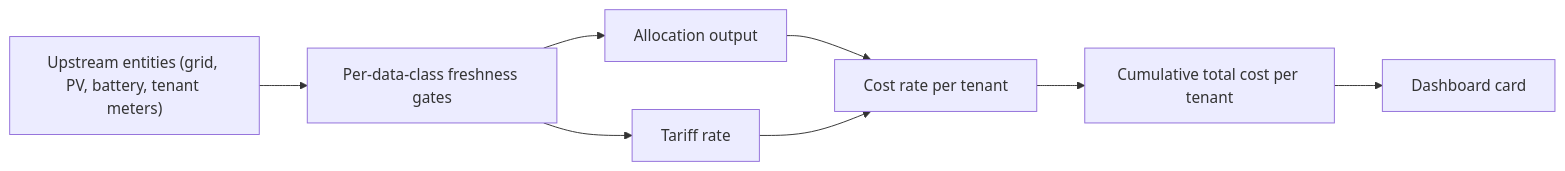
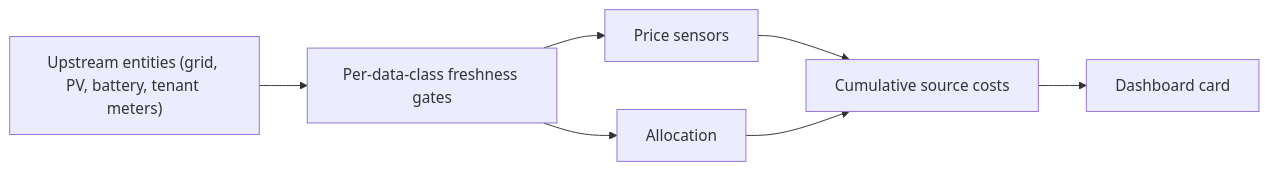
The diagram in docs/troubleshooting.md (yeaxi/shared-energy-ledger), drawn with Mermaid before and after one commit. The commit also changed other lines of this file and 60 other files, not shown here.

````diff
--- a/docs/troubleshooting.md
+++ b/docs/troubleshooting.md
@@ -14,10 +14,9 @@
 ```mermaid
 flowchart LR
     A["Upstream entities (grid, PV, battery, tenant meters)"] --> B["Per-data-class freshness gates"]
-    B --> C["Allocation output"]
-    B --> D["Tariff rate"]
-    C --> E["Cost rate per tenant"]
+    B --> C["Price sensors"]
+    B --> D["Allocation"]
+    C --> E["Cumulative source costs"]
     D --> E
-    E --> F["Cumulative total cost per tenant"]
-    F --> G["Dashboard card"]
+    E --> F["Dashboard card"]
 ```
````
